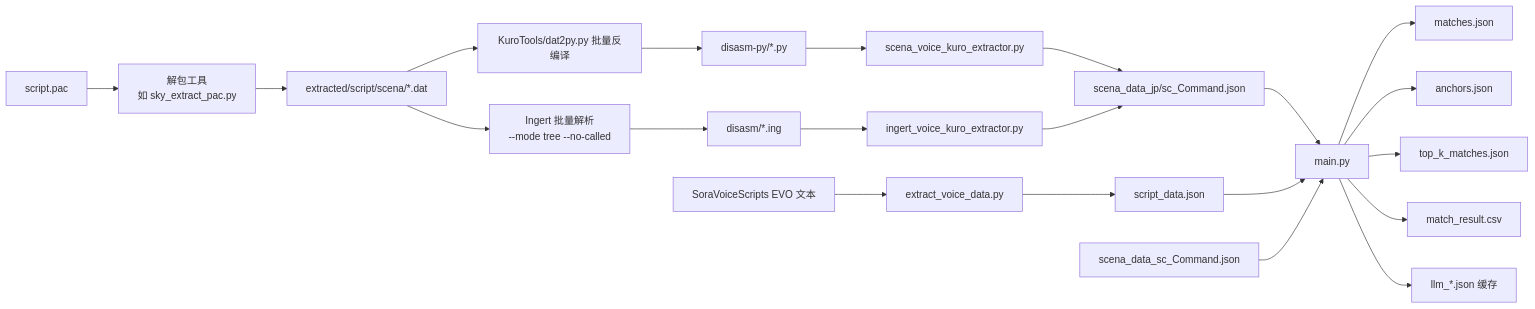
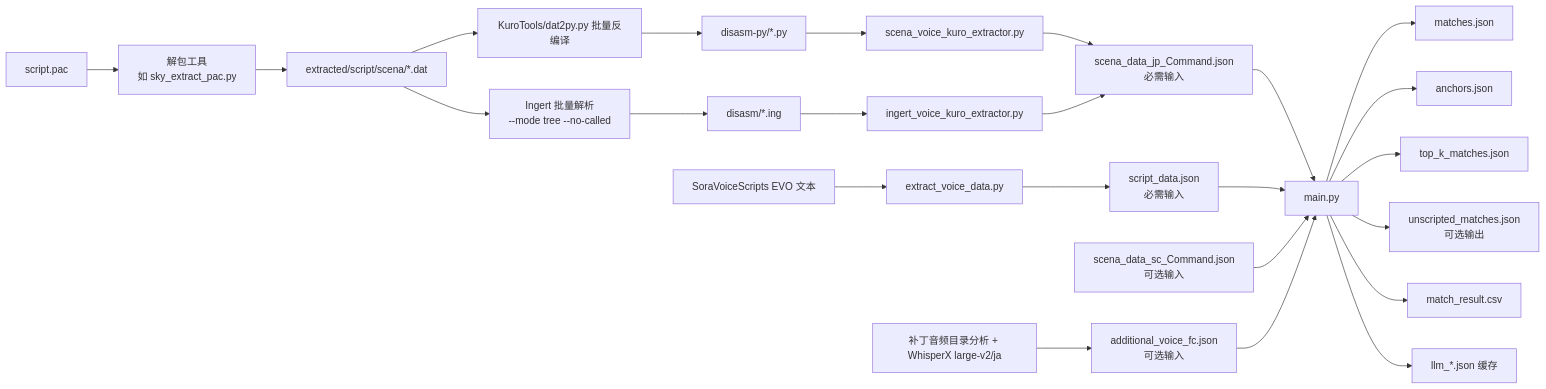
The first of 4 diagrams in README.md (lxr2010/TrailsInTheSkyRemakeScriptAligner), drawn with Mermaid before and after one commit. The commit also changed other lines of this file, not shown here.

````diff
--- a/README.md
+++ b/README.md
@@ -195,30 +418,34 @@
 ```mermaid
 flowchart LR
     A[script.pac] --> B[解包工具\n如 sky_extract_pac.py]
     B --> C[extracted/script/scena/*.dat]
 
     C --> D1[KuroTools/dat2py.py 批量反编译]
     C --> D2[Ingert 批量解析\n--mode tree --no-called]
 
     D1 --> E1[disasm-py/*.py]
     D2 --> E2[disasm/*.ing]
 
     E1 --> F1[scena_voice_kuro_extractor.py]
     E2 --> F2[ingert_voice_kuro_extractor.py]
 
-    F1 --> G[scena_data_jp/sc_Command.json]
+    F1 --> G[scena_data_jp_Command.json\n必需输入]
     F2 --> G
 
     H[SoraVoiceScripts EVO 文本] --> I[extract_voice_data.py]
-    I --> J[script_data.json]
+    I --> J[script_data.json\n必需输入]
+
+    AA[补丁音频目录分析 + WhisperX large-v2/ja] --> AB[additional_voice_fc.json\n可选输入]
 
     G --> K[main.py]
     J --> K
-    L[scena_data_sc_Command.json] --> K
+    L[scena_data_sc_Command.json\n可选输入] --> K
+    AB --> K
 
     K --> M[matches.json]
     K --> N[anchors.json]
     K --> O[top_k_matches.json]
+    K --> R[unscripted_matches.json\n可选输出]
     K --> P[match_result.csv]
     K --> Q[llm_*.json 缓存]
 ```
````
